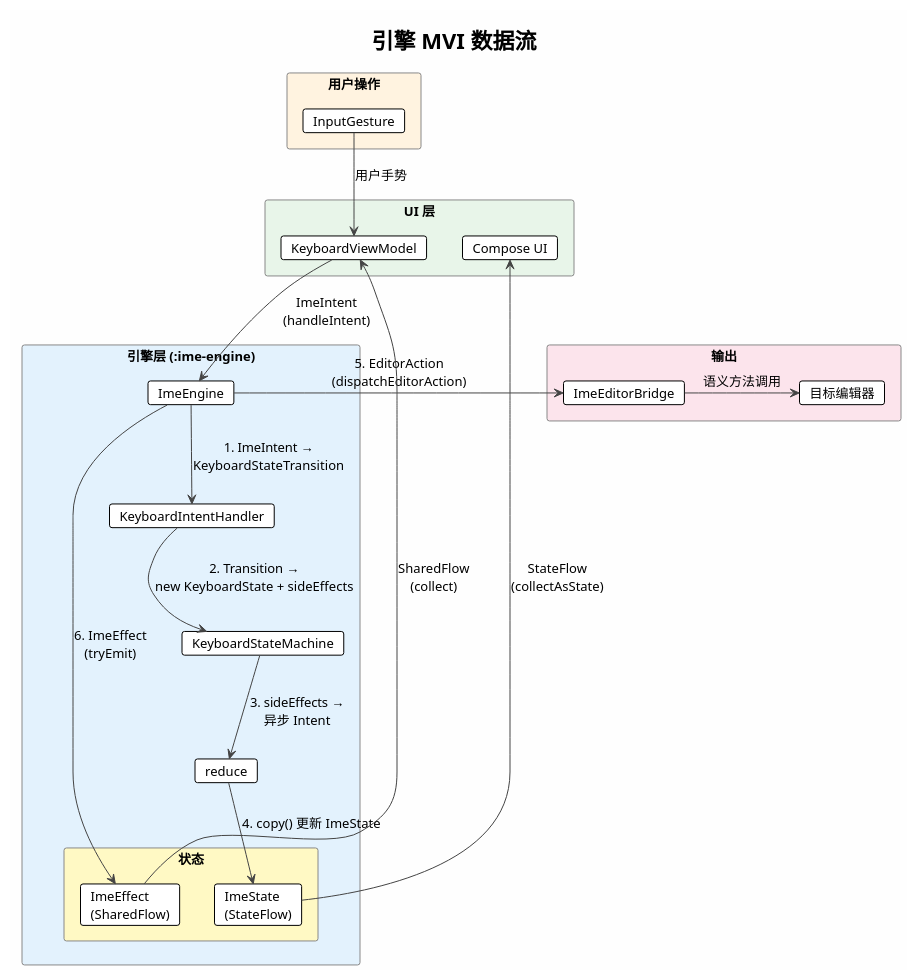
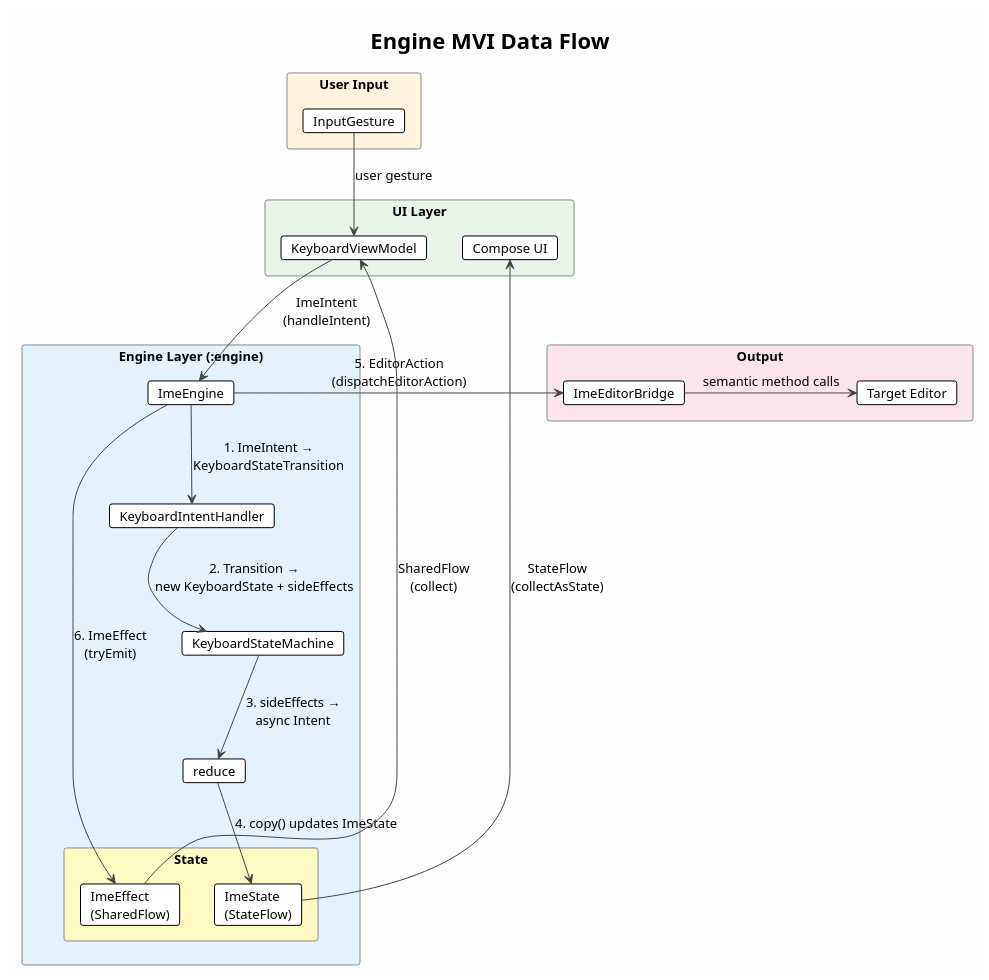
One commit to crazydan-studio/kuaizi-ime-android changed the diagram in docs/ai-agent/v4/design/diagrams/engine-mvi-data-flow.puml. Above: the diagram before and after it, drawn with PlantUML. The commit also changed 51 other files, not shown here.

```diff
--- a/docs/ai-agent/v4/design/diagrams/engine-mvi-data-flow.puml
+++ b/docs/ai-agent/v4/design/diagrams/engine-mvi-data-flow.puml
@@ -1,57 +1,57 @@
 @startuml engine-mvi-data-flow
 !theme plain
 skinparam backgroundColor #FEFEFE
 skinparam defaultFontSize 13
 skinparam ArrowColor #444444
 skinparam RectangleBorderColor #888888
 skinparam NoteBorderColor #AAAAAA
 skinparam NoteBackgroundColor #F5F5F5
 
-title 引擎 MVI 数据流
+title Engine MVI Data Flow
 
-rectangle "用户操作" as user #FFF3E0 {
+rectangle "User Input" as user #FFF3E0 {
   card "InputGesture" as gesture
 }
 
-rectangle "UI 层" as ui #E8F5E9 {
+rectangle "UI Layer" as ui #E8F5E9 {
   card "KeyboardViewModel" as vm
   card "Compose UI" as compose
 }
 
-rectangle "引擎层 (:ime-engine)" as engine #E3F2FD {
+rectangle "Engine Layer (:engine)" as engine #E3F2FD {
   card "ImeEngine" as imeEngine
   card "KeyboardIntentHandler" as handler
   card "KeyboardStateMachine" as sm
   card "reduce" as reduce
-  
-  rectangle "状态" as states #FFF9C4 {
+
+  rectangle "State" as states #FFF9C4 {
     card "ImeState\n(StateFlow)" as state
     card "ImeEffect\n(SharedFlow)" as effect
   }
 }
 
-rectangle "输出" as output #FCE4EC {
+rectangle "Output" as output #FCE4EC {
   card "ImeEditorBridge" as bridge
-  card "目标编辑器" as editor
+  card "Target Editor" as editor
 }
 
-' 输入流
-gesture -down-> vm : 用户手势
+' Input flow
+gesture -down-> vm : user gesture
 vm -down-> imeEngine : ImeIntent\n(handleIntent)
 imeEngine -down-> handler : 1. ImeIntent →\nKeyboardStateTransition
 handler -down-> sm : 2. Transition →\nnew KeyboardState + sideEffects
-sm -down-> reduce : 3. sideEffects →\n异步 Intent
-reduce -down-> state : 4. copy() 更新 ImeState
+sm -down-> reduce : 3. sideEffects →\nasync Intent
+reduce -down-> state : 4. copy() updates ImeState
 
-' 输出流
+' Output flow
 imeEngine -right-> bridge : 5. EditorAction\n(dispatchEditorAction)
-bridge -right-> editor : 语义方法调用
+bridge -right-> editor : semantic method calls
 
-' 副作用流
+' Side effect flow
 imeEngine -right-> effect : 6. ImeEffect\n(tryEmit)
 
-' UI 订阅
+' UI subscriptions
 state -up-> compose : StateFlow\n(collectAsState)
 effect -up-> vm : SharedFlow\n(collect)
 
 @enduml
```
